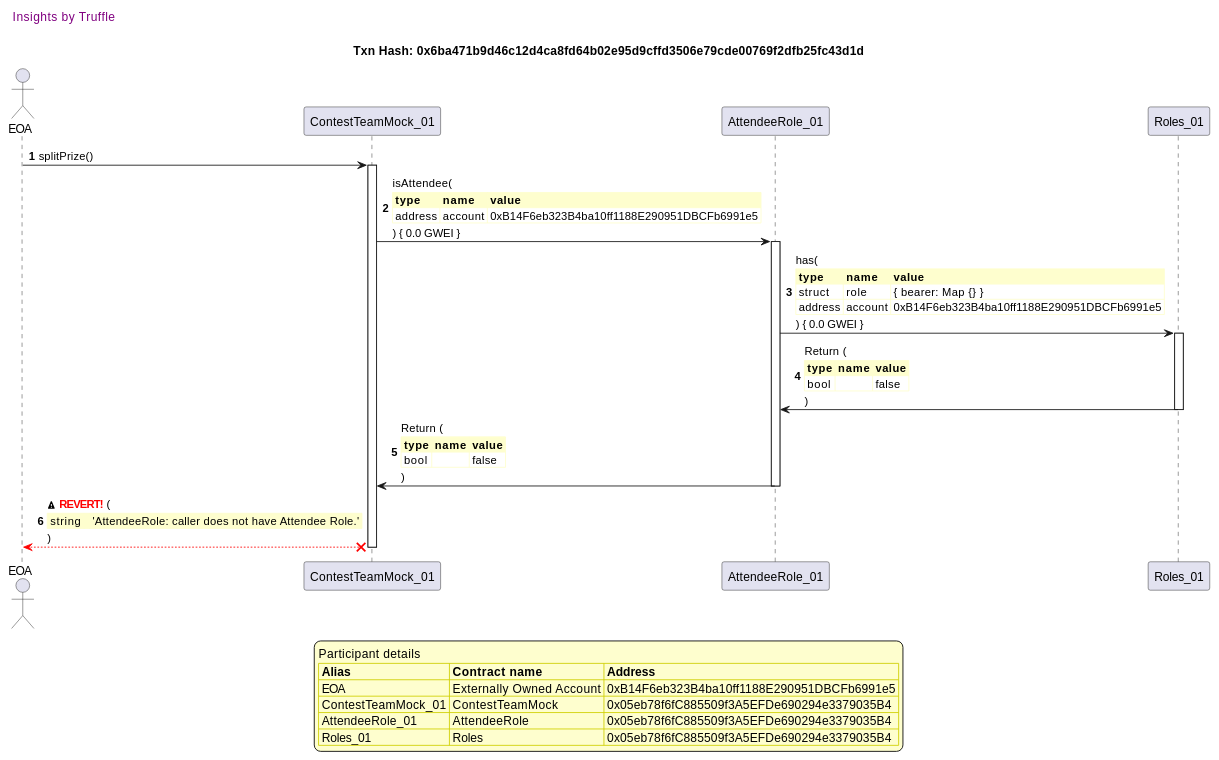
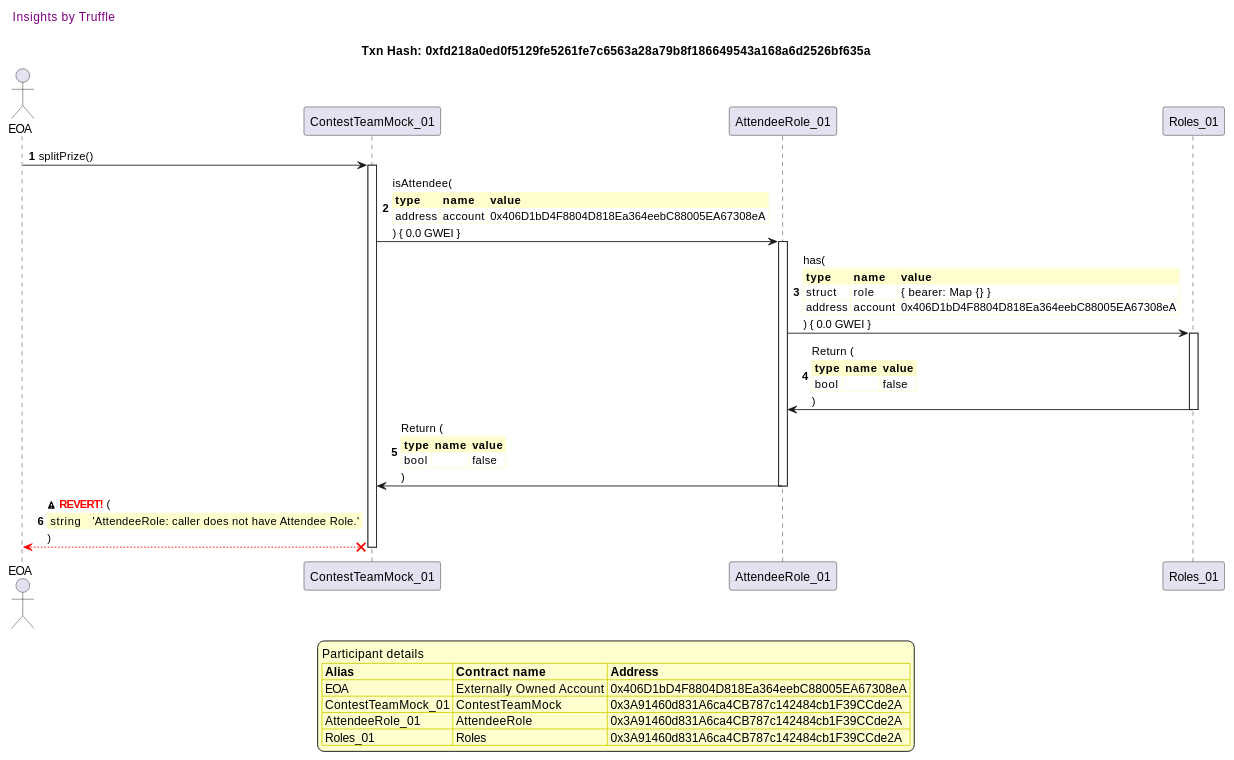
Before and after one commit to fodisi/hackapay: diagram 16 of 50 in truffle-seq/core_contestteam.md, drawn with PlantUML. The commit also changed other lines of this file and 10 other files, not shown here.

````diff
--- a/truffle-seq/core_contestteam.md
+++ b/truffle-seq/core_contestteam.md
@@ -1362,61 +1357,61 @@
 ```plantuml
 
 
 @startuml
 
 autonumber
 skinparam legendBackgroundColor #FEFECE
 
 <style>
       header {
         HorizontalAlignment left
         FontColor purple
         FontSize 14
         Padding 10
       }
     </style>
 
 header Insights by Truffle
 
-title Txn Hash: 0x6ba471b9d46c12d4ca8fd64b02e95d9cffd3506e79cde00769f2dfb25fc43d1d
+title Txn Hash: 0xfd218a0ed0f5129fe5261fe7c6563a28a79b8f186649543a168a6d2526bf635a
 
 
 actor EOA as "EOA"
 participant ContestTeamMock_01 as "ContestTeamMock_01"
 participant AttendeeRole_01 as "AttendeeRole_01"
 participant Roles_01 as "Roles_01"
 
 "EOA" -> "ContestTeamMock_01" ++: splitPrize()
 "ContestTeamMock_01" -> "AttendeeRole_01" ++: isAttendee(\n\
 <#FEFECE,#FEFECE>|= type |= name |= value |\n\
-| address | account | 0xB14F6eb323B4ba10ff1188E290951DBCFb6991e5 |\n\
+| address | account | 0x406D1bD4F8804D818Ea364eebC88005EA67308eA |\n\
 ) { 0.0 GWEI }
 "AttendeeRole_01" -> "Roles_01" ++: has(\n\
 <#FEFECE,#FEFECE>|= type |= name |= value |\n\
 | struct | role | { bearer: Map {} } |\n\
-| address | account | 0xB14F6eb323B4ba10ff1188E290951DBCFb6991e5 |\n\
+| address | account | 0x406D1bD4F8804D818Ea364eebC88005EA67308eA |\n\
 ) { 0.0 GWEI }
 "Roles_01" -> "AttendeeRole_01" --: Return (\n\
 <#FEFECE,#FEFECE>|= type |= name |= value |\n\
 | bool |  | false |\n\
 )
 "AttendeeRole_01" -> "ContestTeamMock_01" --: Return (\n\
 <#FEFECE,#FEFECE>|= type |= name |= value |\n\
 | bool |  | false |\n\
 )
 "ContestTeamMock_01" x-[#red]-> "EOA" --: <&warning> <color #red>**REVERT!**</color> (\n\
 <#FEFECE,#FEFECE>| string |  | 'AttendeeRole: caller does not have Attendee Role.' |\n\
 )
 deactivate "ContestTeamMock_01"
 
 legend
 Participant details
 <#FEFECE,#D0D000>|= Alias |= Contract name |= Address |
-<#FEFECE>| EOA | Externally Owned Account | 0xB14F6eb323B4ba10ff1188E290951DBCFb6991e5 |
-<#FEFECE>| ContestTeamMock_01 | ContestTeamMock | 0x05eb78f6fC885509f3A5EFDe690294e3379035B4 |
-<#FEFECE>| AttendeeRole_01 | AttendeeRole | 0x05eb78f6fC885509f3A5EFDe690294e3379035B4 |
-<#FEFECE>| Roles_01 | Roles | 0x05eb78f6fC885509f3A5EFDe690294e3379035B4 |
+<#FEFECE>| EOA | Externally Owned Account | 0x406D1bD4F8804D818Ea364eebC88005EA67308eA |
+<#FEFECE>| ContestTeamMock_01 | ContestTeamMock | 0x3A91460d831A6ca4CB787c142484cb1F39CCde2A |
+<#FEFECE>| AttendeeRole_01 | AttendeeRole | 0x3A91460d831A6ca4CB787c142484cb1F39CCde2A |
+<#FEFECE>| Roles_01 | Roles | 0x3A91460d831A6ca4CB787c142484cb1F39CCde2A |
 endlegend
 
 @enduml
 ```
````
